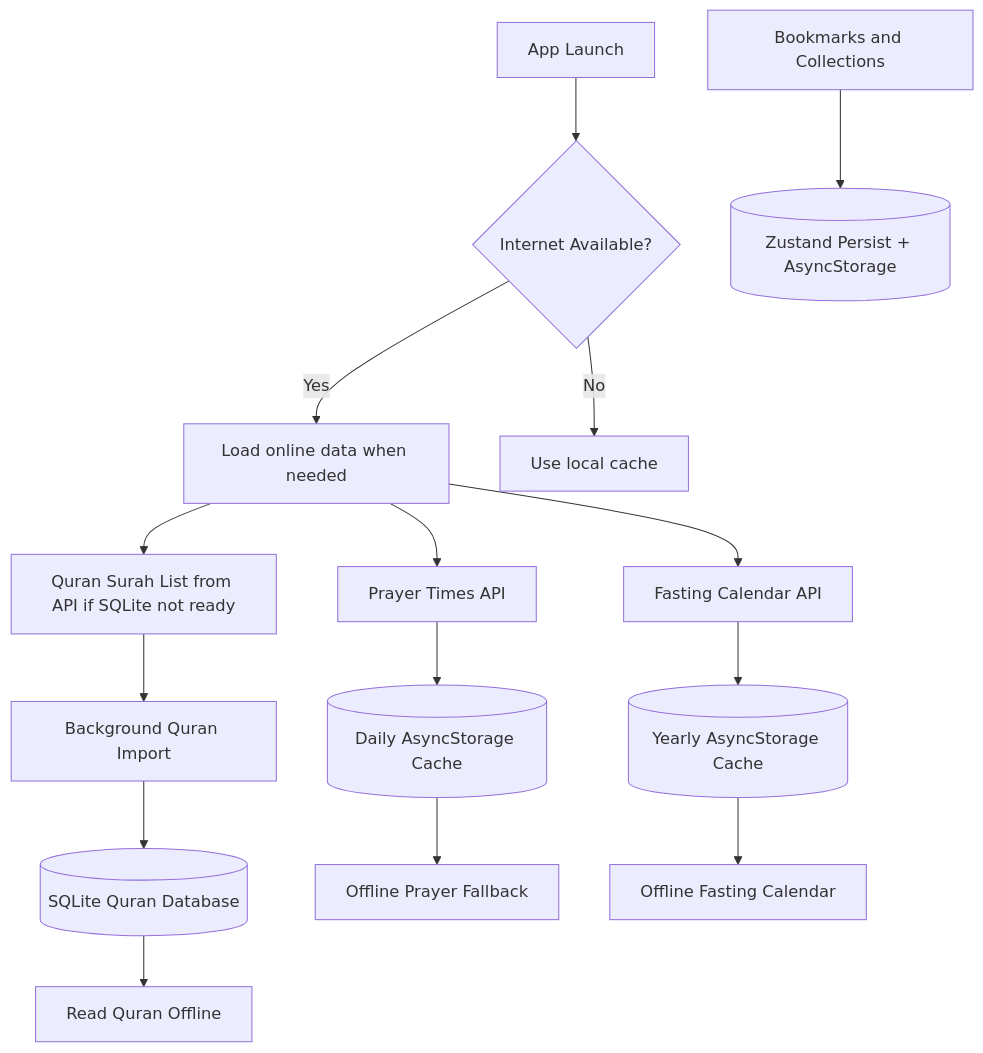
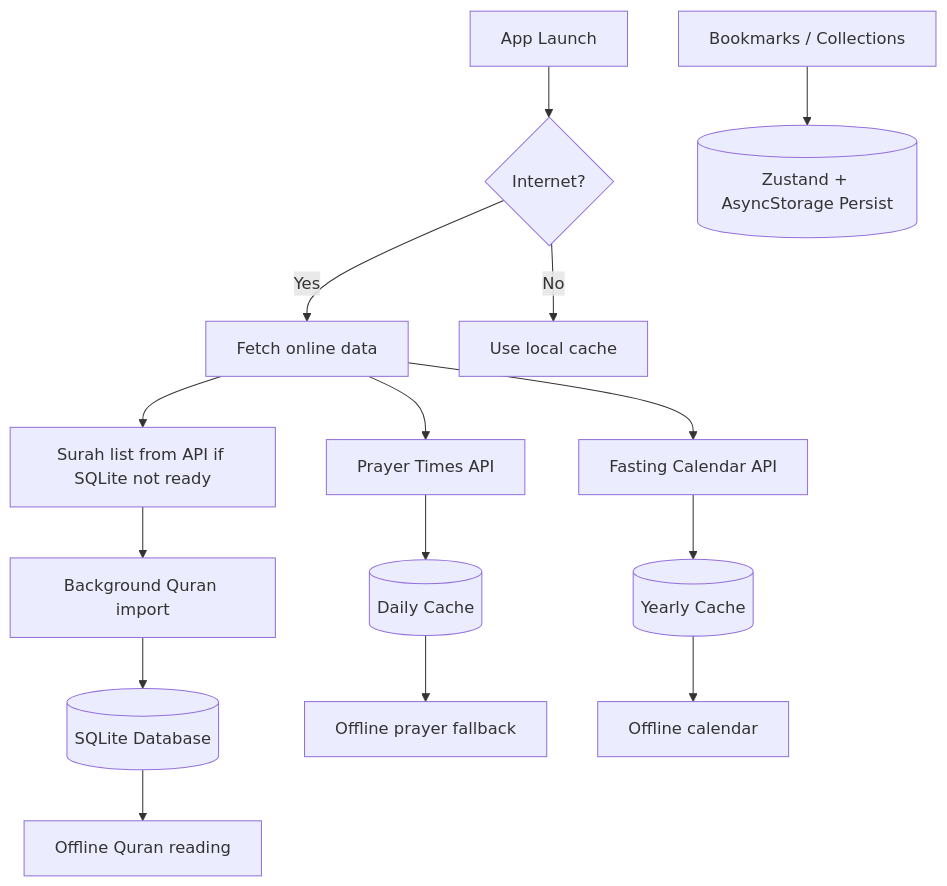
One commit to s3r3/NurQuranApp changed the diagram in README.md. Above: the diagram before and after it, drawn with Mermaid. The commit also changed other lines of this file, not shown here.

````diff
--- a/README.md
+++ b/README.md
@@ -118,21 +133,21 @@
 ```mermaid
 flowchart TD
-  A[App Launch] --> B{Internet Available?}
-  B -->|Yes| C[Load online data when needed]
+  A[App Launch] --> B{Internet?}
+  B -->|Yes| C[Fetch online data]
   B -->|No| D[Use local cache]
 
-  C --> E[Quran Surah List from API if SQLite not ready]
-  E --> F[Background Quran Import]
-  F --> G[(SQLite Quran Database)]
-  G --> H[Read Quran Offline]
+  C --> E[Surah list from API if SQLite not ready]
+  E --> F[Background Quran import]
+  F --> G[(SQLite Database)]
+  G --> H[Offline Quran reading]
 
   C --> I[Prayer Times API]
-  I --> J[(Daily AsyncStorage Cache)]
-  J --> K[Offline Prayer Fallback]
+  I --> J[(Daily Cache)]
+  J --> K[Offline prayer fallback]
 
   C --> L[Fasting Calendar API]
-  L --> M[(Yearly AsyncStorage Cache)]
-  M --> N[Offline Fasting Calendar]
+  L --> M[(Yearly Cache)]
+  M --> N[Offline calendar]
 
-  O[Bookmarks and Collections] --> P[(Zustand Persist + AsyncStorage)]
+  O[Bookmarks / Collections] --> P[(Zustand + AsyncStorage Persist)]
 ```
````
